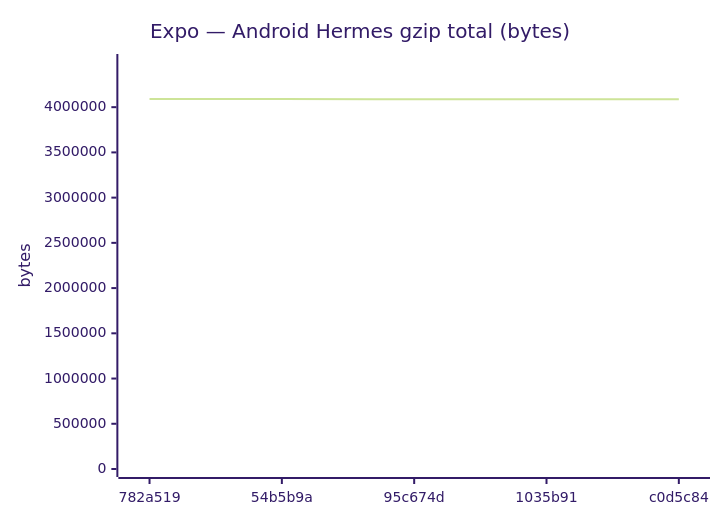
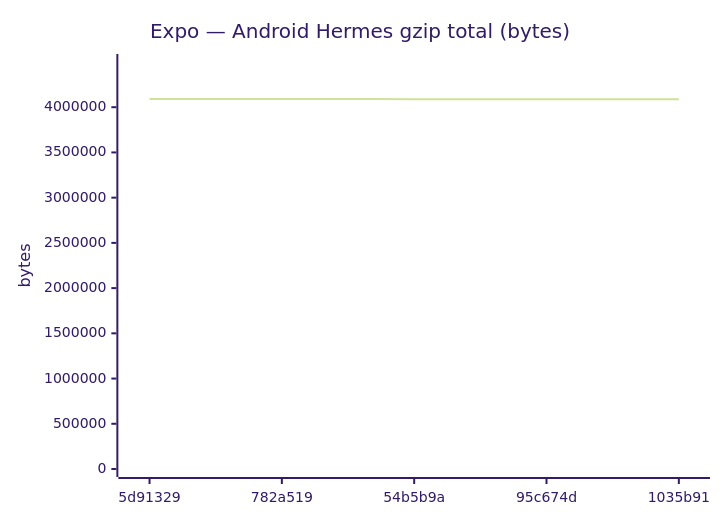
One commit to Metaheurist/Rianell changed diagram 11 of 18 in benchmarks/compare.md. Above: the diagram before and after it, drawn with Mermaid (forest theme). The commit also changed other lines of this file and 11 other files, not shown here.

````diff
--- a/benchmarks/compare.md
+++ b/benchmarks/compare.md
@@ -172,7 +172,7 @@
 ```mermaid
 xychart-beta
     title "Expo — Android Hermes gzip total (bytes)"
-    x-axis ["782a519", "54b5b9a", "95c674d", "1035b91", "c0d5c84"]
-    y-axis "bytes" 0 --> 4499396
-    line [4090360, 4089313, 4088814, 4088813, 4088813]
+    x-axis ["5d91329", "782a519", "54b5b9a", "95c674d", "1035b91"]
+    y-axis "bytes" 0 --> 4499866
+    line [4090787, 4090360, 4089313, 4088814, 4088813]
 ```
````
